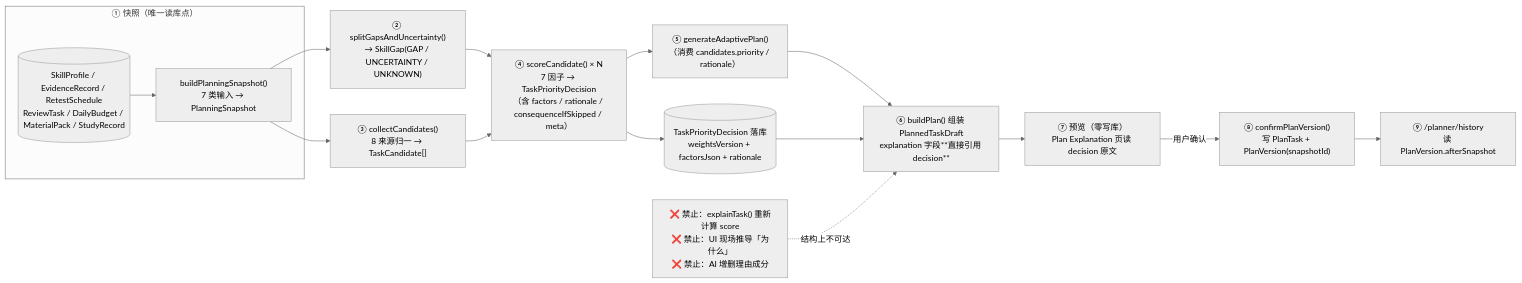
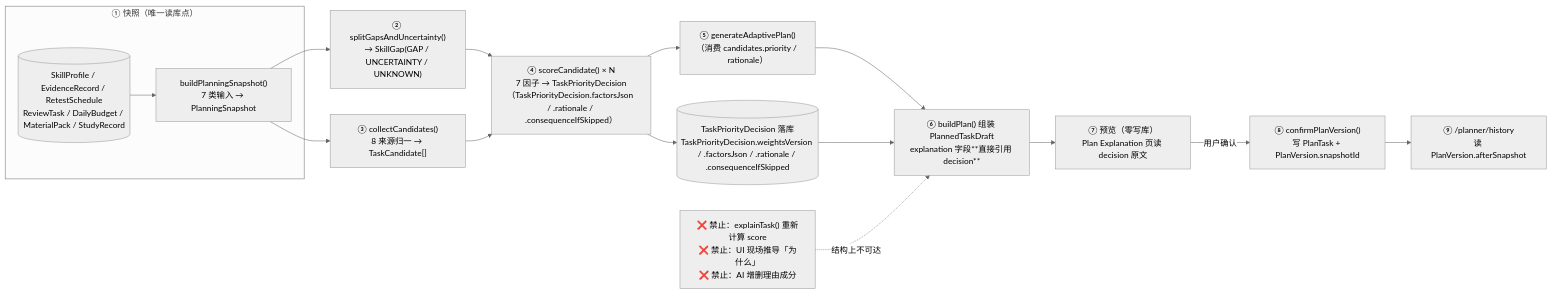
The second of 2 diagrams in docs/41-v2.7-architecture.md (bingLW/ielts-learning-os), drawn with Mermaid (neutral theme) before and after one commit. The commit also changed other lines of this file and 124 other files, not shown here.

````diff
--- a/docs/41-v2.7-architecture.md
+++ b/docs/41-v2.7-architecture.md
@@ -1776,26 +1776,26 @@
 ```mermaid
 flowchart LR
   subgraph SNAP["① 快照（唯一读库点）"]
     DB1[("SkillProfile / EvidenceRecord / RetestSchedule<br/>ReviewTask / DailyBudget / MaterialPack / StudyRecord")]
     S["buildPlanningSnapshot()<br/>7 类输入 → PlanningSnapshot"]
     DB1 --> S
   end
 
   S --> G["② splitGapsAndUncertainty()<br/>→ SkillGap(GAP / UNCERTAINTY / UNKNOWN)"]
   S --> C["③ collectCandidates()<br/>8 来源归一 → TaskCandidate[]"]
 
-  G --> SC["④ scoreCandidate() × N<br/>7 因子 → TaskPriorityDecision<br/>（含 factors / rationale / consequenceIfSkipped / meta）"]
+  G --> SC["④ scoreCandidate() × N<br/>7 因子 → TaskPriorityDecision<br/>（TaskPriorityDecision.factorsJson / .rationale / .consequenceIfSkipped）"]
   C --> SC
 
-  SC --> DB2[("TaskPriorityDecision 落库<br/>weightsVersion + factorsJson + rationale")]
+  SC --> DB2[("TaskPriorityDecision 落库<br/>TaskPriorityDecision.weightsVersion / .factorsJson / .rationale / .consequenceIfSkipped")]
   SC --> AP["⑤ generateAdaptivePlan()<br/>（消费 candidates.priority / rationale）"]
 
   AP --> BUILD["⑥ buildPlan() 组装 PlannedTaskDraft<br/>explanation 字段**直接引用 decision**"]
   DB2 --> BUILD
 
   BUILD --> PREVIEW["⑦ 预览（零写库）<br/>Plan Explanation 页读 decision 原文"]
-  PREVIEW -->|用户确认| CONF["⑧ confirmPlanVersion()<br/>写 PlanTask + PlanVersion(snapshotId)"]
+  PREVIEW -->|用户确认| CONF["⑧ confirmPlanVersion()<br/>写 PlanTask + PlanVersion.snapshotId"]
   CONF --> HIST["⑨ /planner/history<br/>读 PlanVersion.afterSnapshot"]
 
   X["❌ 禁止：explainTask() 重新计算 score<br/>❌ 禁止：UI 现场推导「为什么」<br/>❌ 禁止：AI 增删理由成分"] -.->|结构上不可达| BUILD
 ```
````
